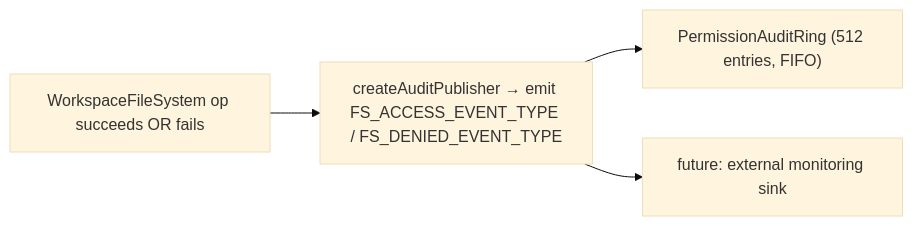
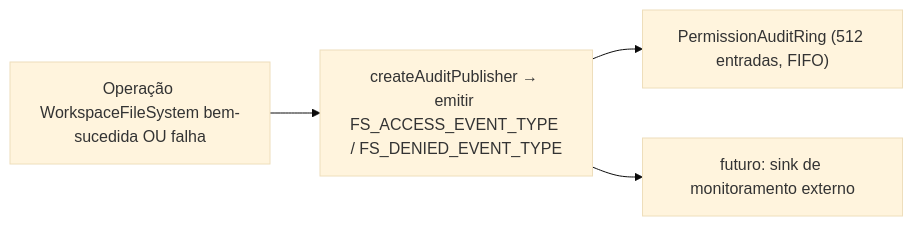
Before and after one commit to QwenLM/qwen-code-docs: the third of 3 diagrams in website/content/pt-BR/developers/daemon/07-workspace-filesystem.md, drawn with Mermaid (base theme). The commit also changed other lines of this file and 1077 other files, not shown here.

````diff
--- a/website/content/pt-BR/developers/daemon/07-workspace-filesystem.md
+++ b/website/content/pt-BR/developers/daemon/07-workspace-filesystem.md
@@ -178,6 +180,6 @@
 ```mermaid
 flowchart LR
-    A["WorkspaceFileSystem op succeeds OR fails"] --> P["createAuditPublisher → emit FS_ACCESS_EVENT_TYPE / FS_DENIED_EVENT_TYPE"]
-    P --> AR["PermissionAuditRing (512 entries, FIFO)"]
-    P --> MON["future: external monitoring sink"]
+    A["Operação WorkspaceFileSystem bem-sucedida OU falha"] --> P["createAuditPublisher → emitir FS_ACCESS_EVENT_TYPE / FS_DENIED_EVENT_TYPE"]
+    P --> AR["PermissionAuditRing (512 entradas, FIFO)"]
+    P --> MON["futuro: sink de monitoramento externo"]
 ```
````
